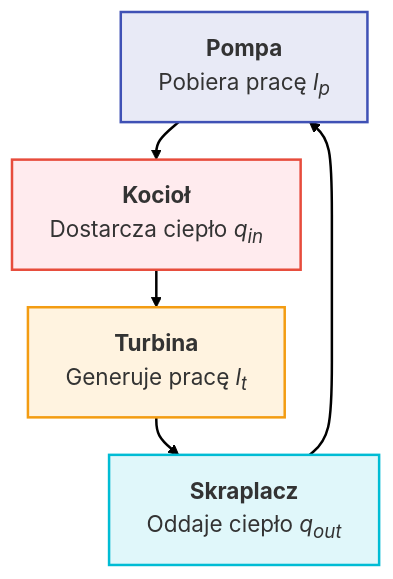
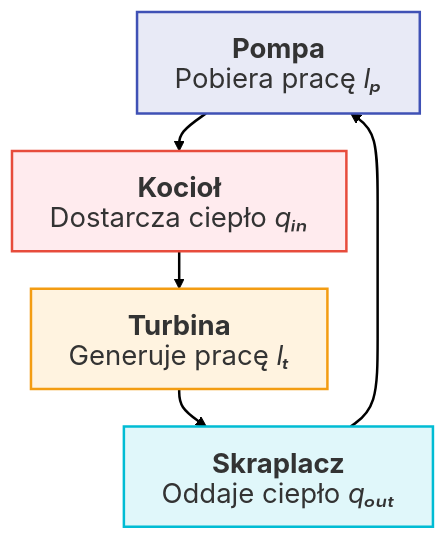
Before and after one commit to moondec/Termodynamika: the first of 3 diagrams in Wyklady/10_Obiegi_Parowe.qmd, drawn with Mermaid. The commit also changed other lines of this file and 84 other files, not shown here.

First line of the commit message:
Wykłady: diagramy mermaid bez ucinania i dopasowane do slajdów

````diff
--- a/Wyklady/10_Obiegi_Parowe.qmd
+++ b/Wyklady/10_Obiegi_Parowe.qmd
@@ -121,18 +122,21 @@
 ```{mermaid}
 %%| fig-align: center
-%%| fig-width: 6
 
-%%{init: {'theme': 'default', 'flowchart': { 'useMaxWidth': false, 'htmlLabels': true, 'diagramPadding': 0, 'nodeSpacing': 30, 'rankSpacing': 30 }, 'themeVariables': { 'fontSize': '18px', 'fontFamily': 'sans-serif' }}}%%
+%%{init: {'theme': 'default', 'flowchart': {'htmlLabels': false, 'diagramPadding': 0, 'nodeSpacing': 30, 'rankSpacing': 30, 'wrappingWidth': 400, 'subGraphTitleMargin': {'top': 6, 'bottom': 16}}, 'themeVariables': {'fontSize': '22px', 'fontFamily': 'Arial, Helvetica, sans-serif'}, 'htmlLabels': false}}%%
 flowchart TD
-    P["<b>Pompa</b><br>Pobiera pracę <em style='font-style: italic'>l<sub>p</sub></em>"] --> K["<b>Kocioł</b><br>Dostarcza ciepło <em style='font-style: italic'>q<sub>in</sub></em>"]
-    K --> T["<b>Turbina</b><br>Generuje pracę <em style='font-style: italic'>l<sub>t</sub></em>"]
-    T --> S["<b>Skraplacz</b><br>Oddaje ciepło <em style='font-style: italic'>q<sub>out</sub></em>"]
+    P["`**Pompa**
+Pobiera pracę *lₚ*`"] --> K["`**Kocioł**
+Dostarcza ciepło *qᵢₙ*`"]
+    K --> T["`**Turbina**
+Generuje pracę *lₜ*`"]
+    T --> S["`**Skraplacz**
+Oddaje ciepło *qₒᵤₜ*`"]
     S --> P
     
     style K fill:#ffebee,stroke:#e74c3c,stroke-width:2px
     style T fill:#fff3e0,stroke:#f39c12,stroke-width:2px
     style S fill:#e0f7fa,stroke:#00bcd4,stroke-width:2px
     style P fill:#e8eaf6,stroke:#3f51b5,stroke-width:2px
     
     linkStyle default stroke-width:2px,fill:none,stroke:black
 ```
````
